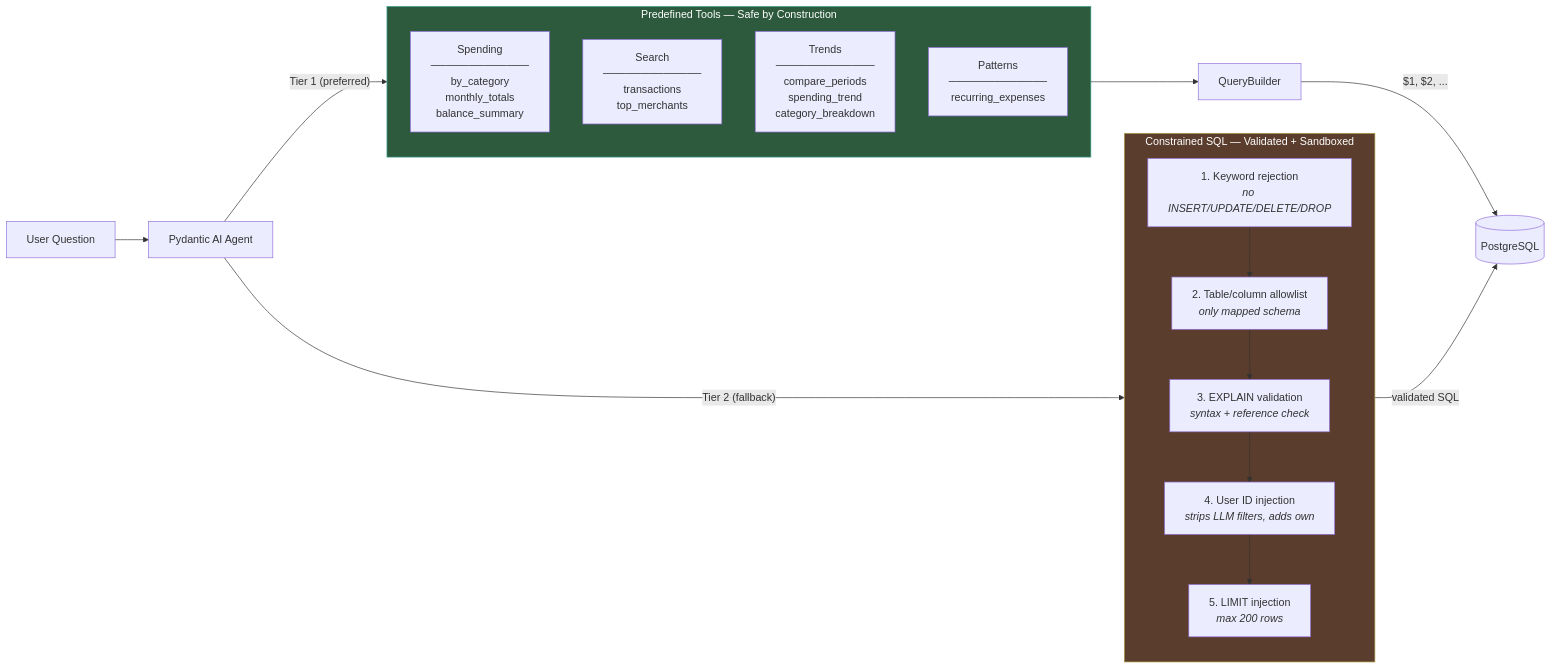
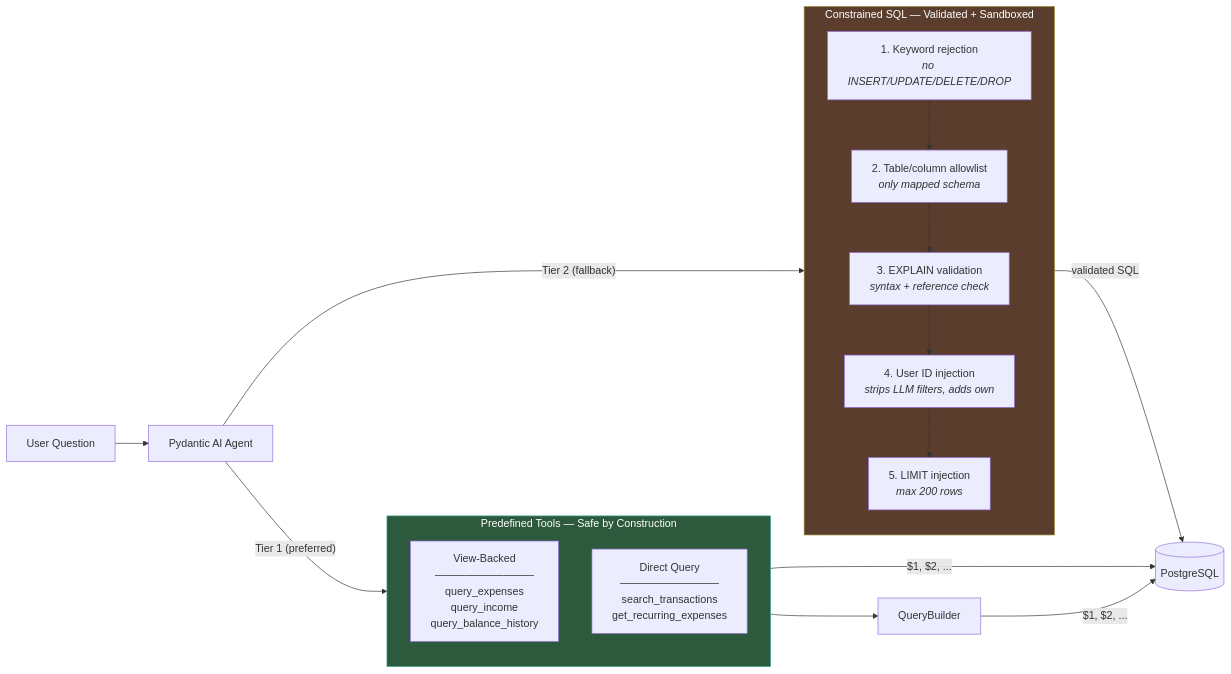
Before and after one commit to maxibove13/finance-query-agent: the fourth of 8 diagrams in README.md, drawn with Mermaid. The commit also changed other lines of this file and 2 other files, not shown here.

First line of the commit message:
docs: update documentation to match consolidated tool architecture (#22)

````diff
--- a/README.md
+++ b/README.md
@@ -144,32 +141,31 @@
 ```mermaid
 graph LR
     Q[User Question] --> AGENT[Pydantic AI Agent]
 
     AGENT -->|"Tier 1 (preferred)"| PREDEFINED
     AGENT -->|"Tier 2 (fallback)"| CONSTRAINED
 
     subgraph PREDEFINED["Predefined Tools — Safe by Construction"]
         direction TB
-        S["Spending<br/>─────────────<br/>by_category<br/>monthly_totals<br/>balance_summary"]
-        X["Search<br/>─────────────<br/>transactions<br/>top_merchants"]
-        R["Trends<br/>─────────────<br/>compare_periods<br/>spending_trend<br/>category_breakdown"]
-        RC["Patterns<br/>─────────────<br/>recurring_expenses"]
+        V["View-Backed<br/>─────────────<br/>query_expenses<br/>query_income<br/>query_balance_history"]
+        D["Direct Query<br/>─────────────<br/>search_transactions<br/>get_recurring_expenses"]
     end
 
     subgraph CONSTRAINED["Constrained SQL — Validated + Sandboxed"]
         direction TB
         V1["1. Keyword rejection<br/><i>no INSERT/UPDATE/DELETE/DROP</i>"]
         V2["2. Table/column allowlist<br/><i>only mapped schema</i>"]
         V3["3. EXPLAIN validation<br/><i>syntax + reference check</i>"]
         V4["4. User ID injection<br/><i>strips LLM filters, adds own</i>"]
         V5["5. LIMIT injection<br/><i>max 200 rows</i>"]
         V1 --> V2 --> V3 --> V4 --> V5
     end
 
-    PREDEFINED --> QB[QueryBuilder]
-    QB -->|"$1, $2, ..."| DB[(PostgreSQL)]
+    V -->|"$1, $2, ..."| DB[(PostgreSQL)]
+    D --> QB[QueryBuilder]
+    QB -->|"$1, $2, ..."| DB
     CONSTRAINED -->|"validated SQL"| DB
 
     style PREDEFINED fill:#2d5a3d,stroke:#4a9,color:#fff
     style CONSTRAINED fill:#5a3d2d,stroke:#a94,color:#fff
 ```
````
